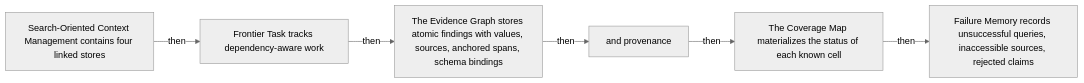
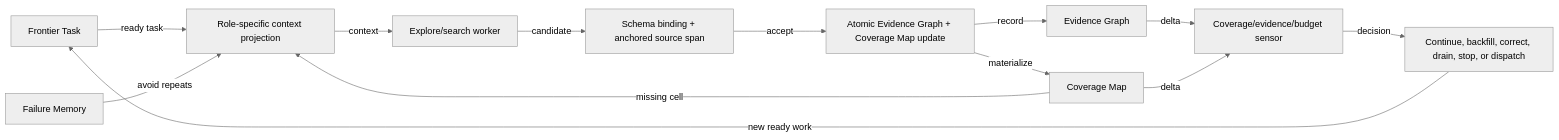
One commit to Betancourt1/paper_atlas changed diagram 13 of 51 in docs/visual-manifests/VISUAL_MANIFEST_SEARCHOS_V1.md. Above: the diagram before and after it, drawn with Mermaid (neutral theme). The commit also changed other lines of this file and 7 other files, not shown here.

````diff
--- a/docs/visual-manifests/VISUAL_MANIFEST_SEARCHOS_V1.md
+++ b/docs/visual-manifests/VISUAL_MANIFEST_SEARCHOS_V1.md
@@ -1008,14 +1013,25 @@
 ```mermaid
 flowchart LR
-  n1["Search-Oriented Context Management contains four linked stores"]
-  n2["Frontier Task tracks dependency-aware work"]
-  n3["The Evidence Graph stores atomic findings with values, sources, anchored spans, schema bindings"]
-  n4["and provenance"]
-  n5["The Coverage Map materializes the status of each known cell"]
-  n6["Failure Memory records unsuccessful queries, inaccessible sources, rejected claims"]
-  n1 -->|"then"| n2
-  n2 -->|"then"| n3
-  n3 -->|"then"| n4
-  n4 -->|"then"| n5
-  n5 -->|"then"| n6
+  frontier["Frontier Task"]
+  evidence["Evidence Graph"]
+  coverage["Coverage Map"]
+  failure["Failure Memory"]
+  project["Role-specific context projection"]
+  browse["Explore/search worker"]
+  gate["Schema binding + anchored source span"]
+  atomic["Atomic Evidence Graph + Coverage Map update"]
+  sensor["Coverage/evidence/budget sensor"]
+  dispatch["Continue, backfill, correct, drain, stop, or dispatch"]
+  frontier -->|"ready task"| project
+  failure -->|"avoid repeats"| project
+  coverage -->|"missing cell"| project
+  project -->|"context"| browse
+  browse -->|"candidate"| gate
+  gate -->|"accept"| atomic
+  atomic -->|"record"| evidence
+  atomic -->|"materialize"| coverage
+  evidence -->|"delta"| sensor
+  coverage -->|"delta"| sensor
+  sensor -->|"decision"| dispatch
+  dispatch -->|"new ready work"| frontier
 ```
````
